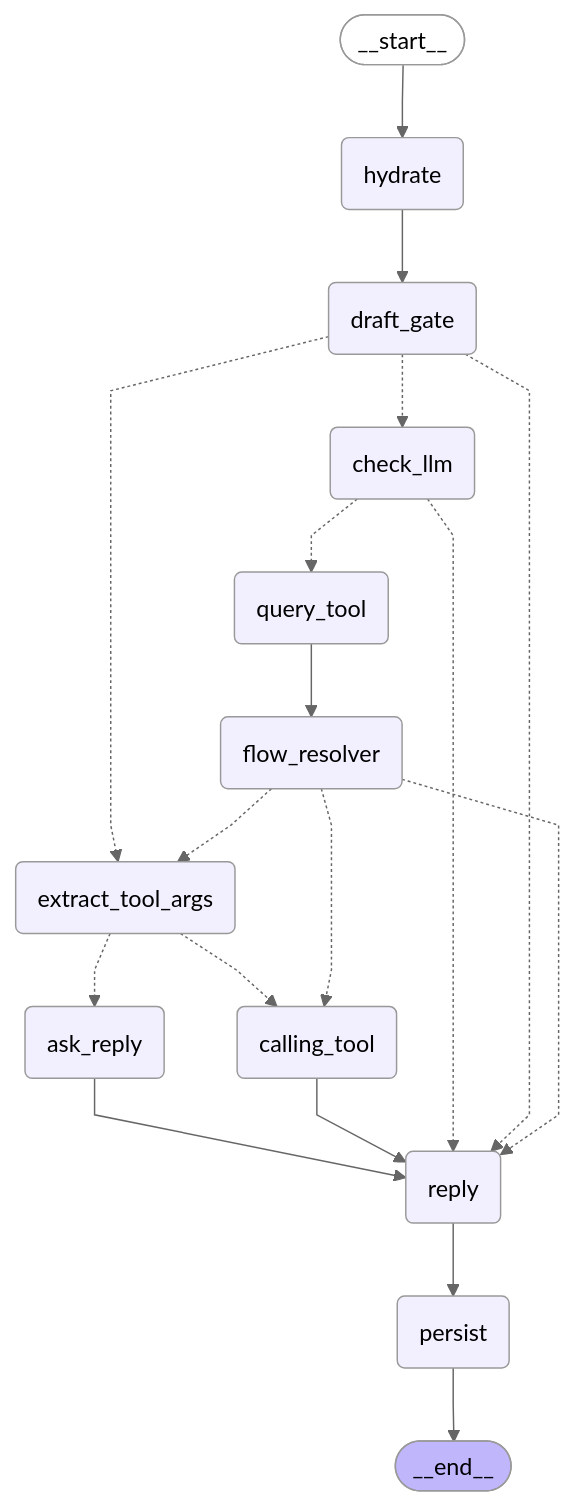
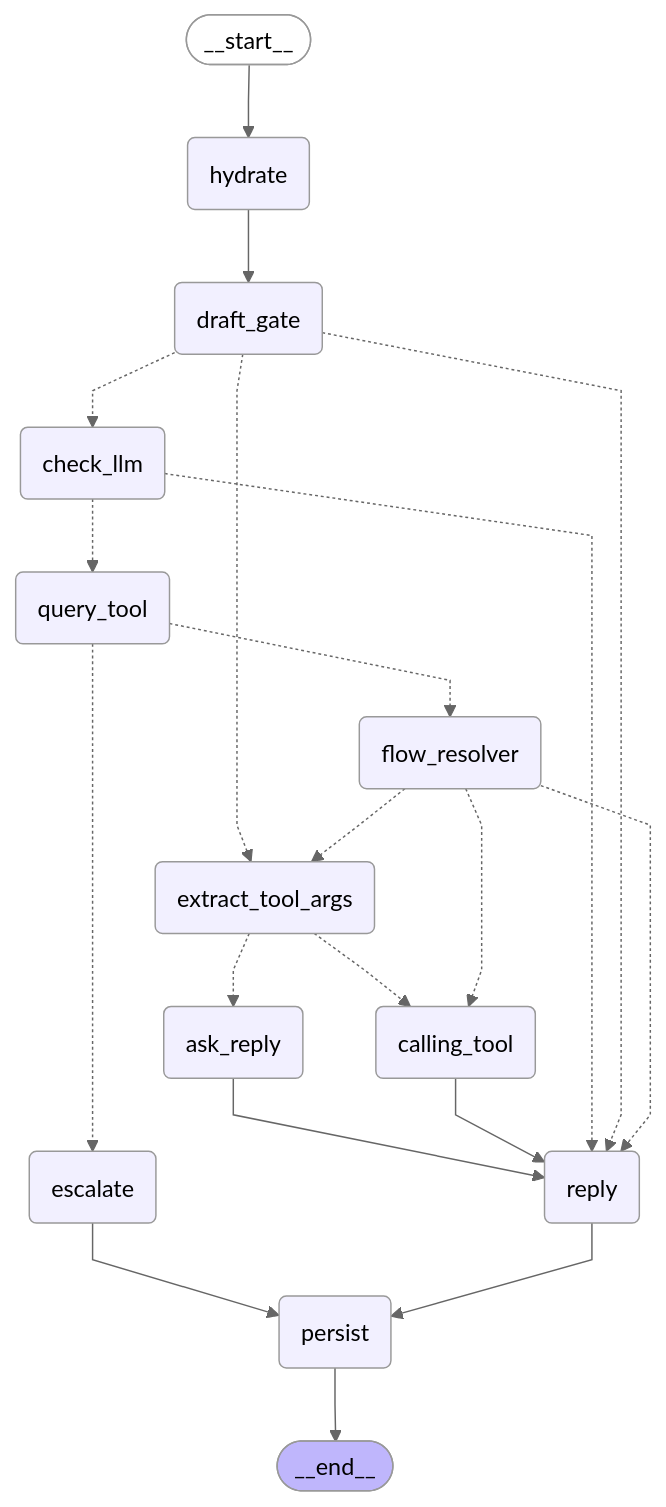
The diagram in graph.mmd (Moumennjr/ecom-assitant-agent-v2), drawn with Mermaid (neutral theme) before and after one commit. The commit also changed 2 other files, not shown here.

Commit message:
feat: escalate unsupported client intents via proposed tool names

```diff
--- a/graph.mmd
+++ b/graph.mmd
@@ -1,38 +1,41 @@
 ---
 config:
   flowchart:
     curve: linear
 ---
 graph TD;
 	__start__([<p>__start__</p>]):::first
 	hydrate(hydrate)
 	draft_gate(draft_gate)
 	extract_tool_args(extract_tool_args)
 	ask_reply(ask_reply)
 	check_llm(check_llm)
 	query_tool(query_tool)
+	escalate(escalate)
 	flow_resolver(flow_resolver)
 	calling_tool(calling_tool)
 	reply(reply)
 	persist(persist)
 	__end__([<p>__end__</p>]):::last
 	__start__ --> hydrate;
 	ask_reply --> reply;
 	calling_tool --> reply;
 	check_llm -.-> query_tool;
 	check_llm -.-> reply;
 	draft_gate -.-> check_llm;
 	draft_gate -.-> extract_tool_args;
 	draft_gate -.-> reply;
+	escalate --> persist;
 	extract_tool_args -.-> ask_reply;
 	extract_tool_args -.-> calling_tool;
 	flow_resolver -.-> calling_tool;
 	flow_resolver -.-> extract_tool_args;
 	flow_resolver -.-> reply;
 	hydrate --> draft_gate;
-	query_tool --> flow_resolver;
+	query_tool -.-> escalate;
+	query_tool -.-> flow_resolver;
 	reply --> persist;
 	persist --> __end__;
 	classDef default fill:#f2f0ff,line-height:1.2
 	classDef first fill-opacity:0
 	classDef last fill:#bfb6fc
```
